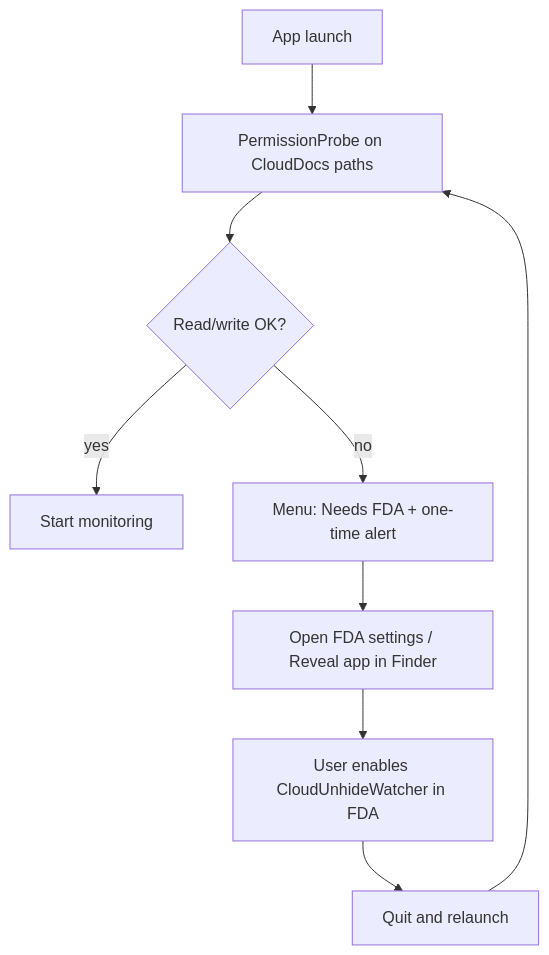
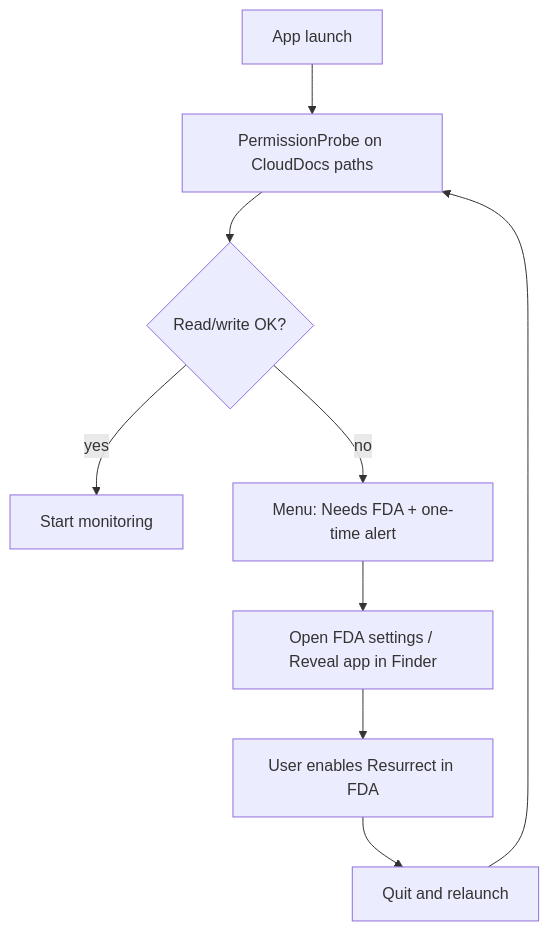
Before and after one commit to roto31/Resurrect: the fourth of 10 diagrams in docs/process-flows.md, drawn with Mermaid. The commit also changed other lines of this file and 25 other files, not shown here.

````diff
--- a/docs/process-flows.md
+++ b/docs/process-flows.md
@@ -66,11 +66,11 @@
 ```mermaid
 flowchart TD
   Start[App launch] --> Probe[PermissionProbe on CloudDocs paths]
   Probe --> OK{Read/write OK?}
   OK -->|yes| Run[Start monitoring]
   OK -->|no| UI[Menu: Needs FDA + one-time alert]
   UI --> Open[Open FDA settings / Reveal app in Finder]
-  Open --> Grant[User enables CloudUnhideWatcher in FDA]
+  Open --> Grant[User enables Resurrect in FDA]
   Grant --> Relaunch[Quit and relaunch]
   Relaunch --> Probe
 ```
````
